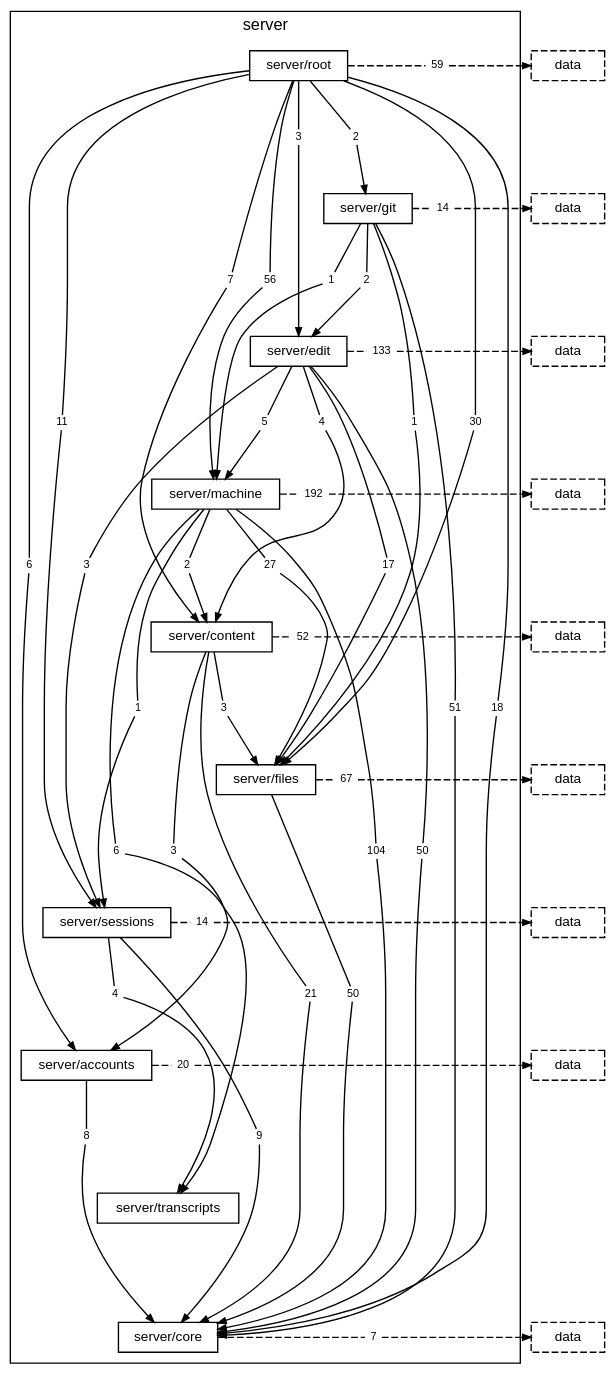
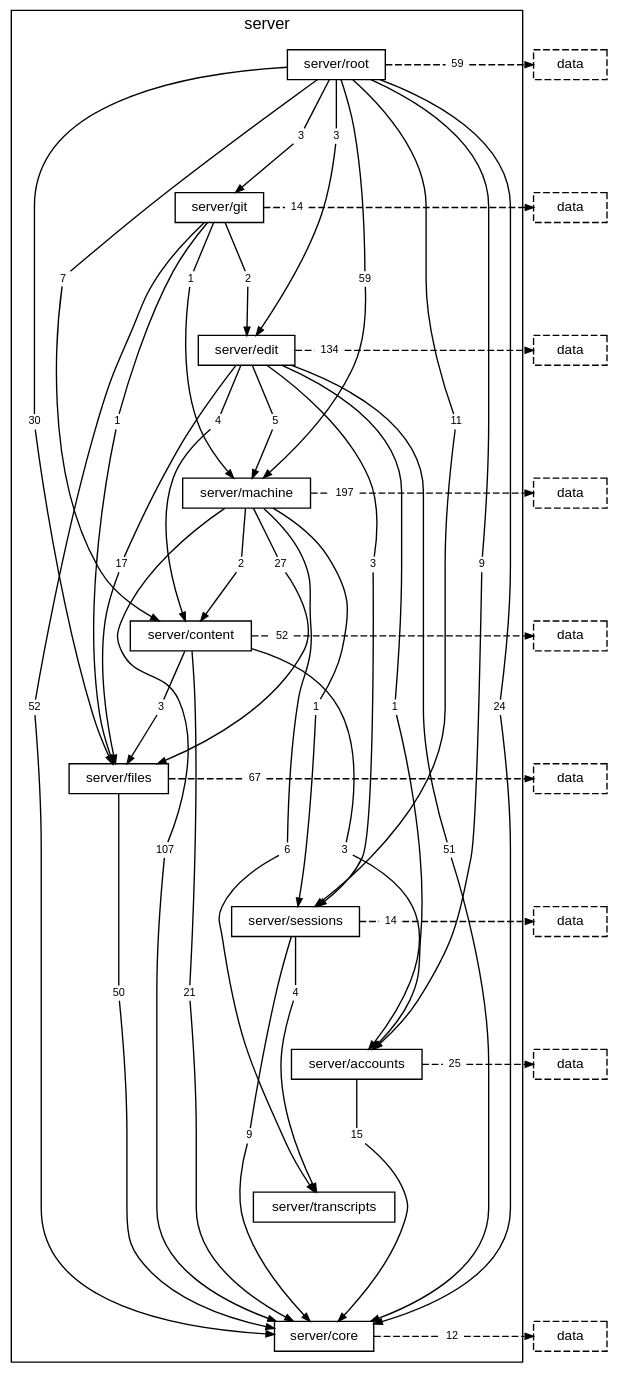
The diagram in docs/diagrams/layer-server.dot (TheAxeC/oculus), drawn with Graphviz before and after one commit. The commit also changed 269 other files, not shown here.

```diff
--- a/docs/diagrams/layer-server.dot
+++ b/docs/diagrams/layer-server.dot
@@ -14,32 +14,33 @@
         "folder server/accounts" [label="server/accounts"];
         "folder server/transcripts" [label="server/transcripts"];
         "folder server/core" [label="server/core"];
-        "folder server/root to folder server/accounts" [label="6", shape=box, color="transparent", fontsize=8, width=0, height=0, margin="0.04,0.02"];
+        "folder server/root to folder server/accounts" [label="9", shape=box, color="transparent", fontsize=8, width=0, height=0, margin="0.04,0.02"];
         "folder server/root to folder server/content" [label="7", shape=box, color="transparent", fontsize=8, width=0, height=0, margin="0.04,0.02"];
-        "folder server/root to folder server/core" [label="18", shape=box, color="transparent", fontsize=8, width=0, height=0, margin="0.04,0.02"];
+        "folder server/root to folder server/core" [label="24", shape=box, color="transparent", fontsize=8, width=0, height=0, margin="0.04,0.02"];
         "folder server/root to folder server/edit" [label="3", shape=box, color="transparent", fontsize=8, width=0, height=0, margin="0.04,0.02"];
         "folder server/root to folder server/files" [label="30", shape=box, color="transparent", fontsize=8, width=0, height=0, margin="0.04,0.02"];
-        "folder server/root to folder server/git" [label="2", shape=box, color="transparent", fontsize=8, width=0, height=0, margin="0.04,0.02"];
-        "folder server/root to folder server/machine" [label="56", shape=box, color="transparent", fontsize=8, width=0, height=0, margin="0.04,0.02"];
+        "folder server/root to folder server/git" [label="3", shape=box, color="transparent", fontsize=8, width=0, height=0, margin="0.04,0.02"];
+        "folder server/root to folder server/machine" [label="59", shape=box, color="transparent", fontsize=8, width=0, height=0, margin="0.04,0.02"];
         "folder server/root to folder server/sessions" [label="11", shape=box, color="transparent", fontsize=8, width=0, height=0, margin="0.04,0.02"];
         "folder server/root to layer data" [label="59", shape=box, color="transparent", fontsize=8, width=0, height=0, margin="0.04,0.02"];
-        "folder server/git to folder server/core" [label="51", shape=box, color="transparent", fontsize=8, width=0, height=0, margin="0.04,0.02"];
+        "folder server/git to folder server/core" [label="52", shape=box, color="transparent", fontsize=8, width=0, height=0, margin="0.04,0.02"];
         "folder server/git to folder server/edit" [label="2", shape=box, color="transparent", fontsize=8, width=0, height=0, margin="0.04,0.02"];
         "folder server/git to folder server/files" [label="1", shape=box, color="transparent", fontsize=8, width=0, height=0, margin="0.04,0.02"];
         "folder server/git to folder server/machine" [label="1", shape=box, color="transparent", fontsize=8, width=0, height=0, margin="0.04,0.02"];
         "folder server/git to layer data" [label="14", shape=box, color="transparent", fontsize=8, width=0, height=0, margin="0.04,0.02"];
+        "folder server/edit to folder server/accounts" [label="1", shape=box, color="transparent", fontsize=8, width=0, height=0, margin="0.04,0.02"];
         "folder server/edit to folder server/content" [label="4", shape=box, color="transparent", fontsize=8, width=0, height=0, margin="0.04,0.02"];
-        "folder server/edit to folder server/core" [label="50", shape=box, color="transparent", fontsize=8, width=0, height=0, margin="0.04,0.02"];
+        "folder server/edit to folder server/core" [label="51", shape=box, color="transparent", fontsize=8, width=0, height=0, margin="0.04,0.02"];
         "folder server/edit to folder server/files" [label="17", shape=box, color="transparent", fontsize=8, width=0, height=0, margin="0.04,0.02"];
         "folder server/edit to folder server/machine" [label="5", shape=box, color="transparent", fontsize=8, width=0, height=0, margin="0.04,0.02"];
         "folder server/edit to folder server/sessions" [label="3", shape=box, color="transparent", fontsize=8, width=0, height=0, margin="0.04,0.02"];
-        "folder server/edit to layer data" [label="133", shape=box, color="transparent", fontsize=8, width=0, height=0, margin="0.04,0.02"];
+        "folder server/edit to layer data" [label="134", shape=box, color="transparent", fontsize=8, width=0, height=0, margin="0.04,0.02"];
         "folder server/machine to folder server/content" [label="2", shape=box, color="transparent", fontsize=8, width=0, height=0, margin="0.04,0.02"];
-        "folder server/machine to folder server/core" [label="104", shape=box, color="transparent", fontsize=8, width=0, height=0, margin="0.04,0.02"];
+        "folder server/machine to folder server/core" [label="107", shape=box, color="transparent", fontsize=8, width=0, height=0, margin="0.04,0.02"];
         "folder server/machine to folder server/files" [label="27", shape=box, color="transparent", fontsize=8, width=0, height=0, margin="0.04,0.02"];
         "folder server/machine to folder server/sessions" [label="1", shape=box, color="transparent", fontsize=8, width=0, height=0, margin="0.04,0.02"];
         "folder server/machine to folder server/transcripts" [label="6", shape=box, color="transparent", fontsize=8, width=0, height=0, margin="0.04,0.02"];
-        "folder server/machine to layer data" [label="192", shape=box, color="transparent", fontsize=8, width=0, height=0, margin="0.04,0.02"];
+        "folder server/machine to layer data" [label="197", shape=box, color="transparent", fontsize=8, width=0, height=0, margin="0.04,0.02"];
         "folder server/content to folder server/accounts" [label="3", shape=box, color="transparent", fontsize=8, width=0, height=0, margin="0.04,0.02"];
         "folder server/content to folder server/core" [label="21", shape=box, color="transparent", fontsize=8, width=0, height=0, margin="0.04,0.02"];
         "folder server/content to folder server/files" [label="3", shape=box, color="transparent", fontsize=8, width=0, height=0, margin="0.04,0.02"];
@@ -49,9 +50,9 @@
         "folder server/sessions to folder server/core" [label="9", shape=box, color="transparent", fontsize=8, width=0, height=0, margin="0.04,0.02"];
         "folder server/sessions to folder server/transcripts" [label="4", shape=box, color="transparent", fontsize=8, width=0, height=0, margin="0.04,0.02"];
         "folder server/sessions to layer data" [label="14", shape=box, color="transparent", fontsize=8, width=0, height=0, margin="0.04,0.02"];
-        "folder server/accounts to folder server/core" [label="8", shape=box, color="transparent", fontsize=8, width=0, height=0, margin="0.04,0.02"];
-        "folder server/accounts to layer data" [label="20", shape=box, color="transparent", fontsize=8, width=0, height=0, margin="0.04,0.02"];
-        "folder server/core to layer data" [label="7", shape=box, color="transparent", fontsize=8, width=0, height=0, margin="0.04,0.02"];
+        "folder server/accounts to folder server/core" [label="15", shape=box, color="transparent", fontsize=8, width=0, height=0, margin="0.04,0.02"];
+        "folder server/accounts to layer data" [label="25", shape=box, color="transparent", fontsize=8, width=0, height=0, margin="0.04,0.02"];
+        "folder server/core to layer data" [label="12", shape=box, color="transparent", fontsize=8, width=0, height=0, margin="0.04,0.02"];
     }
     "layer data from folder server/root" [label="data", style=dashed];
     "layer data from folder server/git" [label="data", style=dashed];
@@ -101,6 +102,8 @@
     "folder server/git" -> "folder server/git to layer data" [arrowhead=none, style=dashed];
     "folder server/git to layer data" -> "layer data from folder server/git" [style=dashed];
     { rank=same; "folder server/git"; "folder server/git to layer data"; "layer data from folder server/git"; }
+    "folder server/edit" -> "folder server/edit to folder server/accounts" [arrowhead=none, minlen=5, weight=10];
+    "folder server/edit to folder server/accounts" -> "folder server/accounts" [];
     "folder server/edit" -> "folder server/edit to folder server/content" [arrowhead=none, minlen=1, weight=10];
     "folder server/edit to folder server/content" -> "folder server/content" [];
     "folder server/edit" -> "folder server/edit to folder server/core" [arrowhead=none, minlen=7, weight=10];
```
